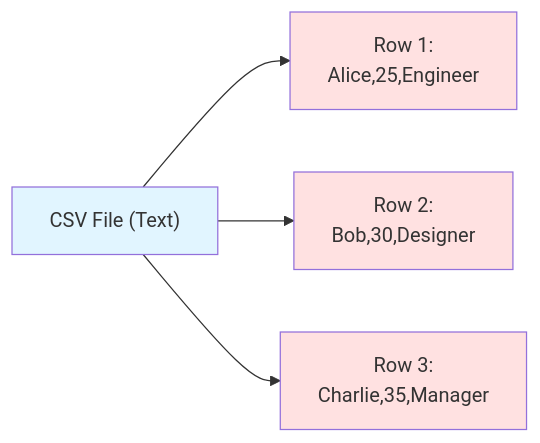
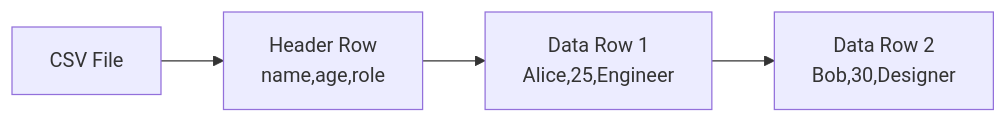
The first of 2 diagrams in 40-49 Data_Management/41_Data_Engineering/41.02 CSV File Format.md (LCKYN/LCKYN-KnowledgeBase), drawn with Mermaid before and after one commit. The commit also changed other lines of this file and 17 other files, not shown here.

````diff
--- a/40-49 Data_Management/41_Data_Engineering/41.02 CSV File Format.md
+++ b/40-49 Data_Management/41_Data_Engineering/41.02 CSV File Format.md
@@ -24,11 +23,6 @@
 ```mermaid
 graph LR
-    A["CSV File (Text)"] --> B["Row 1:<br/>Alice,25,Engineer"]
-    A --> C["Row 2:<br/>Bob,30,Designer"]
-    A --> D["Row 3:<br/>Charlie,35,Manager"]
-
-    style A fill:#e1f5ff
-    style B fill:#ffe1e1
-    style C fill:#ffe1e1
-    style D fill:#ffe1e1
+    A[CSV File] --> B[Header Row<br/>name,age,role]
+    B --> C[Data Row 1<br/>Alice,25,Engineer]
+    C --> D[Data Row 2<br/>Bob,30,Designer]
 ```
````
